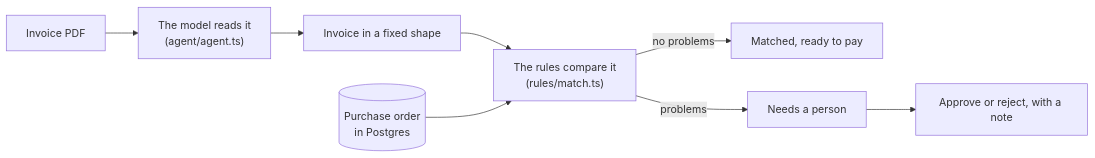
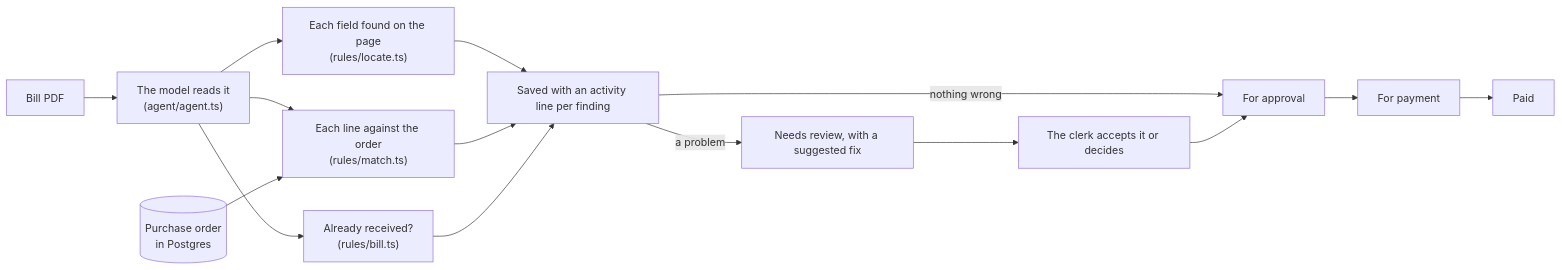
Before and after one commit to learnwithparam/ai-bootcamp: the diagram in 01-invoice-inbox/README.md, drawn with Mermaid. The commit also changed other lines of this file and 62 other files, not shown here.

````diff
--- a/01-invoice-inbox/README.md
+++ b/01-invoice-inbox/README.md
@@ -52,10 +103,16 @@
 ```mermaid
 flowchart LR
-  pdf[Invoice PDF] --> read["The model reads it<br/>(agent/agent.ts)"]
-  read --> invoice[Invoice in a fixed shape]
-  invoice --> rules["The rules compare it<br/>(rules/match.ts)"]
-  order[(Purchase order<br/>in Postgres)] --> rules
-  rules -->|no problems| matched[Matched, ready to pay]
-  rules -->|problems| person[Needs a person]
-  person --> decision[Approve or reject, with a note]
+  pdf[Bill PDF] --> read["The model reads it<br/>(agent/agent.ts)"]
+  read --> page["Each field found on the page<br/>(rules/locate.ts)"]
+  read --> match["Each line against the order<br/>(rules/match.ts)"]
+  order[(Purchase order<br/>in Postgres)] --> match
+  read --> twice["Already received?<br/>(rules/bill.ts)"]
+  page --> save[Saved with an activity line per finding]
+  match --> save
+  twice --> save
+  save -->|nothing wrong| approval[For approval]
+  save -->|a problem| review[Needs review, with a suggested fix]
+  review --> clerk[The clerk accepts it or decides]
+  clerk --> approval
+  approval --> payment[For payment] --> paid[Paid]
 ```
````
